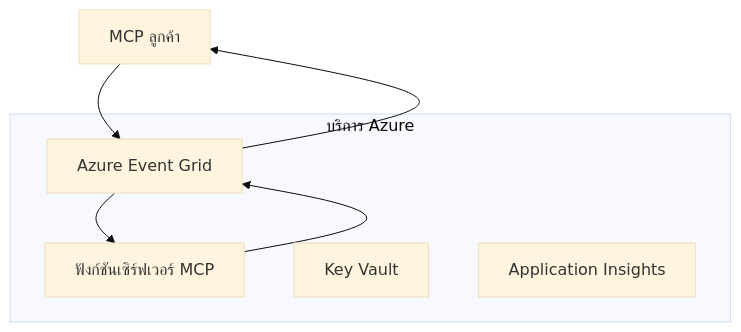
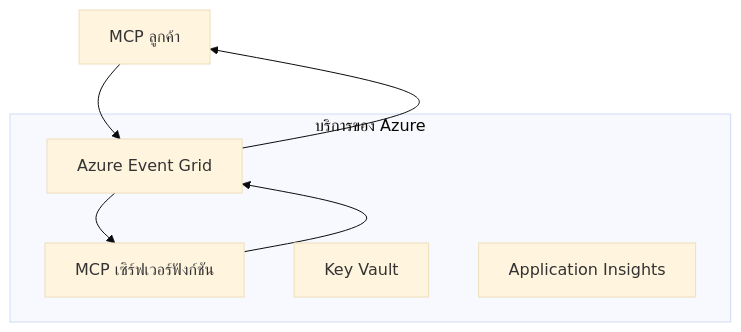
One commit to HIDORAKAI002/ai-workspace-archive changed the first of 2 diagrams in mcp_ecosystem__model_context_protocol/mcp_learning_resources/mcp-for-beginners/translations/th/05-AdvancedTopics/mcp-transport/README.md. Above: the diagram before and after it, drawn with Mermaid (base theme). The commit also changed other lines of this file and 1539 other files, not shown here.

````diff
--- a/mcp_ecosystem__model_context_protocol/mcp_learning_resources/mcp-for-beginners/translations/th/05-AdvancedTopics/mcp-transport/README.md
+++ b/mcp_ecosystem__model_context_protocol/mcp_learning_resources/mcp-for-beginners/translations/th/05-AdvancedTopics/mcp-transport/README.md
@@ -58,14 +58,14 @@
 ```mermaid
 graph TB
     Client[MCP ลูกค้า] --> EG[Azure Event Grid]
-    EG --> Server[ฟังก์ชันเซิร์ฟเวอร์ MCP]
+    EG --> Server[MCP เซิร์ฟเวอร์ฟังก์ชัน]
     Server --> EG
     EG --> Client
     
-    subgraph "บริการ Azure"
+    subgraph "บริการของ Azure"
         EG
         Server
         KV[Key Vault]
         Monitor[Application Insights]
     end
 ```
````
